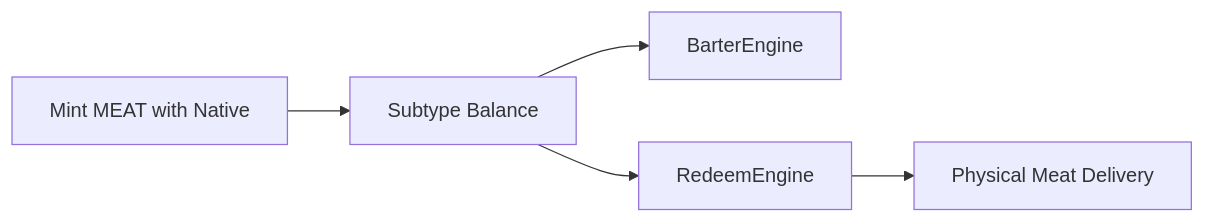
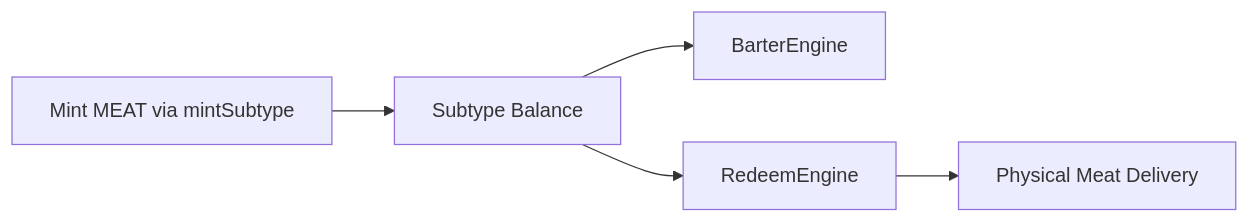
One commit to RetnaTyas/Revolusi-Moneter-5.0 changed the second of 2 diagrams in README.md. Above: the diagram before and after it, drawn with Mermaid. The commit also changed other lines of this file and 2 other files, not shown here.

Commit message:
docs: update mint flow and redeem references

````diff
--- a/README.md
+++ b/README.md
@@ -72,7 +72,7 @@
 ```mermaid
 flowchart LR
-  MintMEAT["Mint MEAT with Native"] --> Subtype["Subtype Balance"]
+  MintMEAT["Mint MEAT via mintSubtype"] --> Subtype["Subtype Balance"]
   Subtype --> BarterEngine["BarterEngine"]
   Subtype --> RedeemEngine["RedeemEngine"]
   RedeemEngine --> Physical["Physical Meat Delivery"]
 ```
````
